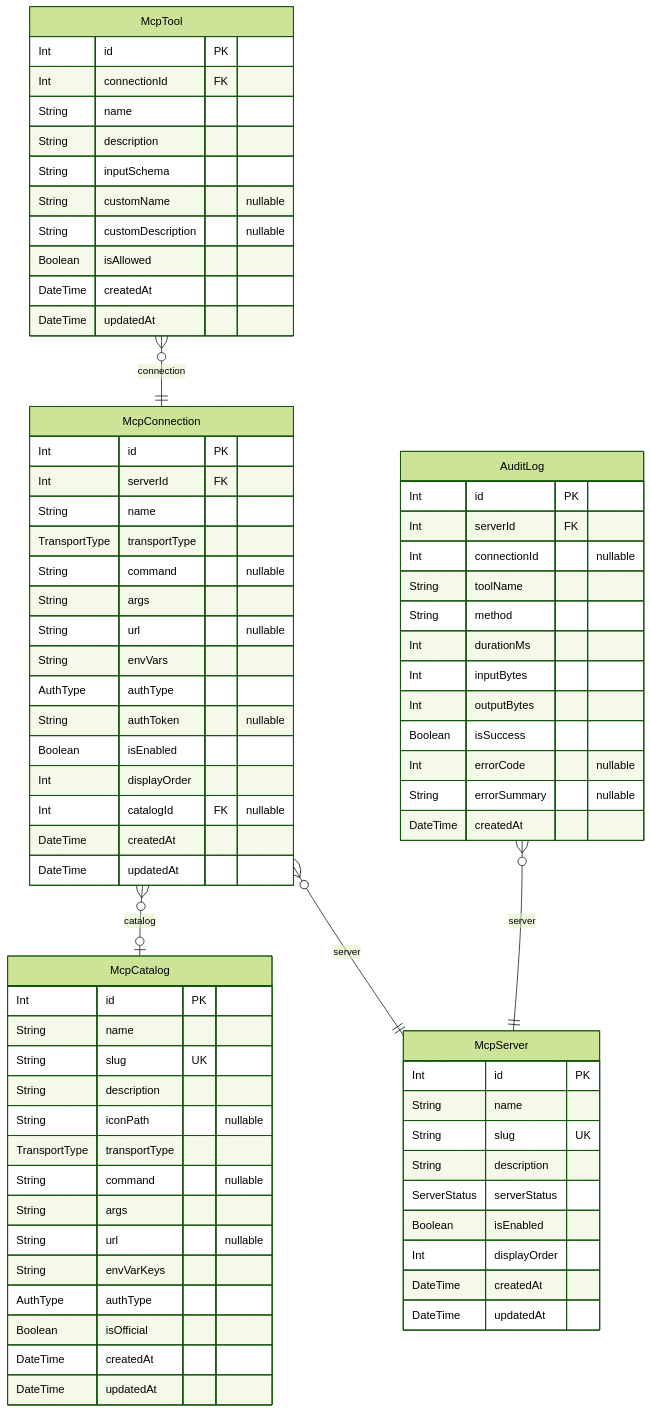
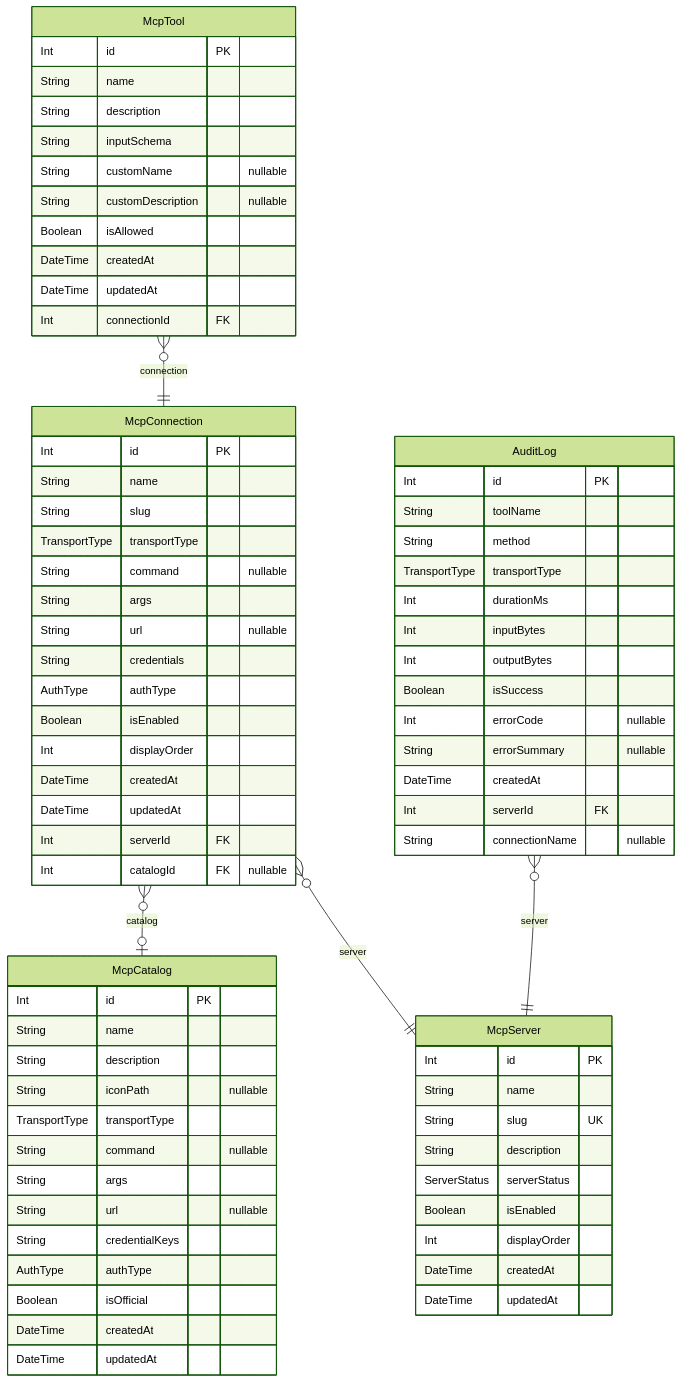
Before and after one commit to rayven122/tumiki: the second of 2 diagrams in apps/desktop/prisma/README.md, drawn with Mermaid (forest theme). The commit also changed other lines of this file and 1 other file, not shown here.

````diff
--- a/apps/desktop/prisma/README.md
+++ b/apps/desktop/prisma/README.md
@@ -37,77 +37,77 @@
 ```mermaid
 erDiagram
 "McpCatalog" {
   Int id PK
   String name
-  String slug UK
   String description
   String iconPath "nullable"
   TransportType transportType
   String command "nullable"
   String args
   String url "nullable"
-  String envVarKeys
+  String credentialKeys
   AuthType authType
   Boolean isOfficial
   DateTime createdAt
   DateTime updatedAt
+}
+"McpConnection" {
+  Int id PK
+  String name
+  String slug
+  TransportType transportType
+  String command "nullable"
+  String args
+  String url "nullable"
+  String credentials
+  AuthType authType
+  Boolean isEnabled
+  Int displayOrder
+  DateTime createdAt
+  DateTime updatedAt
+  Int serverId FK
+  Int catalogId FK "nullable"
+}
+"McpTool" {
+  Int id PK
+  String name
+  String description
+  String inputSchema
+  String customName "nullable"
+  String customDescription "nullable"
+  Boolean isAllowed
+  DateTime createdAt
+  DateTime updatedAt
+  Int connectionId FK
 }
 "McpServer" {
   Int id PK
   String name
   String slug UK
   String description
   ServerStatus serverStatus
   Boolean isEnabled
   Int displayOrder
   DateTime createdAt
   DateTime updatedAt
 }
-"McpConnection" {
-  Int id PK
-  Int serverId FK
-  String name
-  TransportType transportType
-  String command "nullable"
-  String args
-  String url "nullable"
-  String envVars
-  AuthType authType
-  String authToken "nullable"
-  Boolean isEnabled
-  Int displayOrder
-  Int catalogId FK "nullable"
-  DateTime createdAt
-  DateTime updatedAt
-}
-"McpTool" {
-  Int id PK
-  Int connectionId FK
-  String name
-  String description
-  String inputSchema
-  String customName "nullable"
-  String customDescription "nullable"
-  Boolean isAllowed
-  DateTime createdAt
-  DateTime updatedAt
-}
 "AuditLog" {
   Int id PK
-  Int serverId FK
-  Int connectionId "nullable"
   String toolName
   String method
+  TransportType transportType
   Int durationMs
   Int inputBytes
   Int outputBytes
   Boolean isSuccess
   Int errorCode "nullable"
   String errorSummary "nullable"
   DateTime createdAt
+  Int serverId FK
+  String connectionName "nullable"
 }
 "McpConnection" }o--|| "McpServer" : server
 "McpConnection" }o--o| "McpCatalog" : catalog
 "McpTool" }o--|| "McpConnection" : connection
 "AuditLog" }o--|| "McpServer" : server
 ```
````
